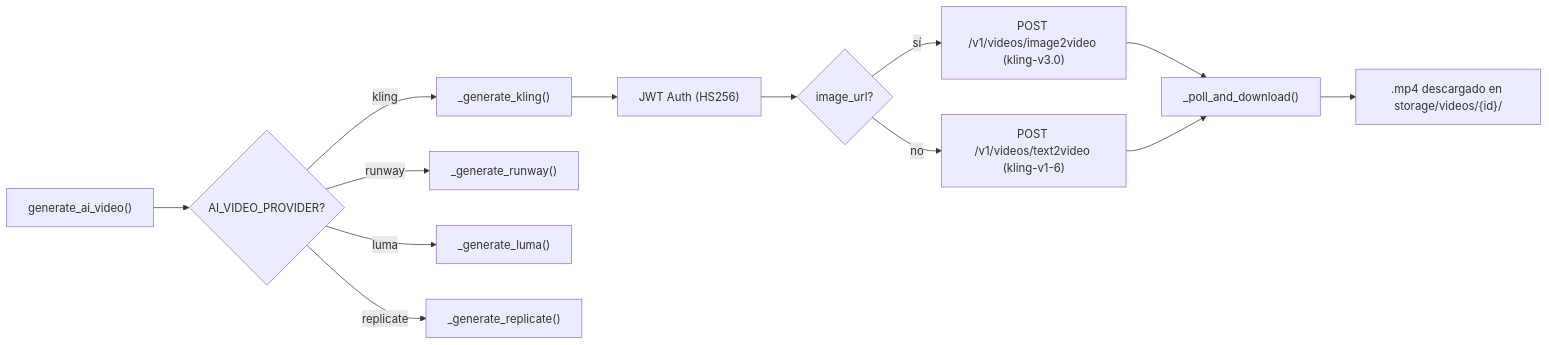
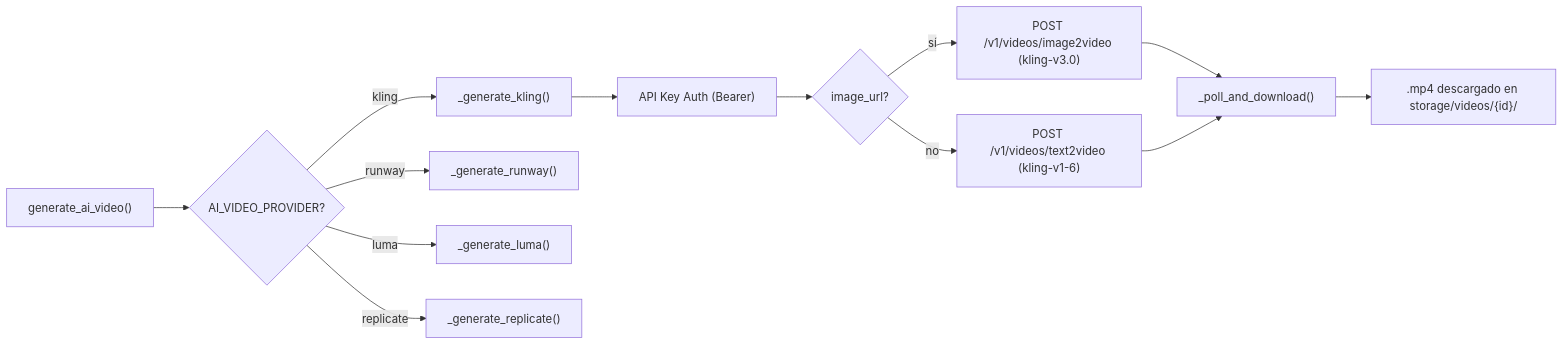
One commit to facusm/affiliate_marketing_bot changed the third of 4 diagrams in workflow.md. Above: the diagram before and after it, drawn with Mermaid. The commit also changed other lines of this file and 2 other files, not shown here.

Commit message:
Refactor: Switch Kling AI auth from JWT to Bearer API Key

````diff
--- a/workflow.md
+++ b/workflow.md
@@ -332,16 +332,16 @@
 ```mermaid
 flowchart LR
     A["generate_ai_video()"] --> B{"AI_VIDEO_PROVIDER?"}
     B -->|"kling"| C["_generate_kling()"]
     B -->|"runway"| D["_generate_runway()"]
     B -->|"luma"| E["_generate_luma()"]
     B -->|"replicate"| F["_generate_replicate()"]
     
-    C --> G["JWT Auth (HS256)"]
+    C --> G["API Key Auth (Bearer)"]
     G --> H{"image_url?"}
     H -->|"sí"| I["POST /v1/videos/image2video (kling-v3.0)"]
     H -->|"no"| J["POST /v1/videos/text2video (kling-v1-6)"]
     I --> K["_poll_and_download()"]
     J --> K
     K --> L[".mp4 descargado en storage/videos/{id}/"]
 ```
````
